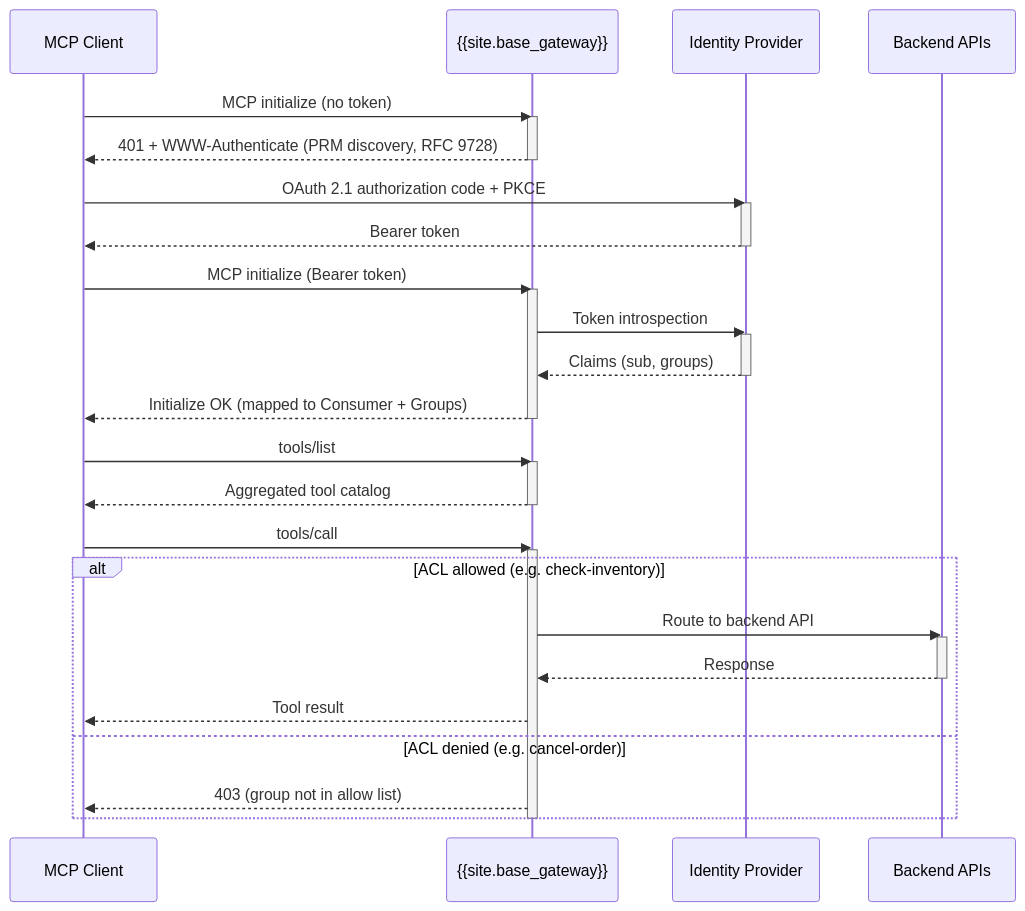
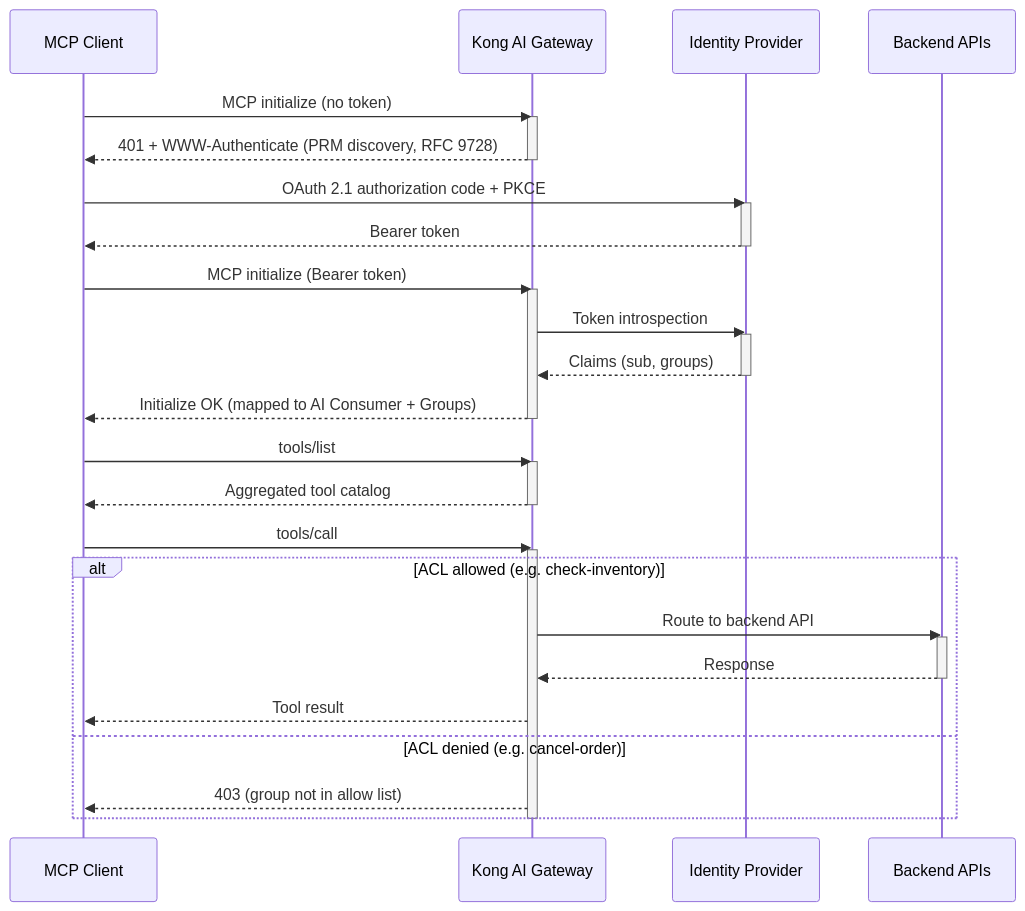
The diagram in app/_cookbooks/secure-internal-mcp-gateway.md (Kong/developer.konghq.com), drawn with Mermaid before and after one commit. The commit also changed other lines of this file and 11 other files, not shown here.

```diff
--- a/app/_cookbooks/secure-internal-mcp-gateway.md
+++ b/app/_cookbooks/secure-internal-mcp-gateway.md
@@ -275,44 +276,44 @@
 {% mermaid %}
 sequenceDiagram
     participant C as MCP Client
-    participant K as {{site.base_gateway}}
+    participant K as Kong AI Gateway
     participant IdP as Identity Provider
     participant B as Backend APIs
 
     C->>K: MCP initialize (no token)
     activate K
     K-->>C: 401 + WWW-Authenticate (PRM discovery, RFC 9728)
     deactivate K
 
     C->>IdP: OAuth 2.1 authorization code + PKCE
     activate IdP
     IdP-->>C: Bearer token
     deactivate IdP
 
     C->>K: MCP initialize (Bearer token)
     activate K
     K->>IdP: Token introspection
     activate IdP
     IdP-->>K: Claims (sub, groups)
     deactivate IdP
-    K-->>C: Initialize OK (mapped to Consumer + Groups)
+    K-->>C: Initialize OK (mapped to AI Consumer + Groups)
     deactivate K
 
     C->>K: tools/list
     activate K
     K-->>C: Aggregated tool catalog
     deactivate K
 
     C->>K: tools/call
     activate K
     alt ACL allowed (e.g. check-inventory)
         K->>B: Route to backend API
         activate B
         B-->>K: Response
         deactivate B
         K-->>C: Tool result
     else ACL denied (e.g. cancel-order)
         K-->>C: 403 (group not in allow list)
     end
     deactivate K
 {% endmermaid %}
```
